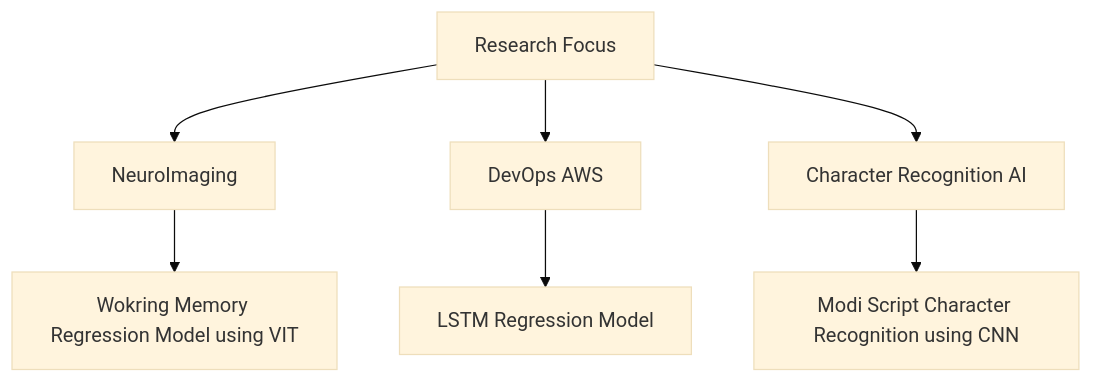
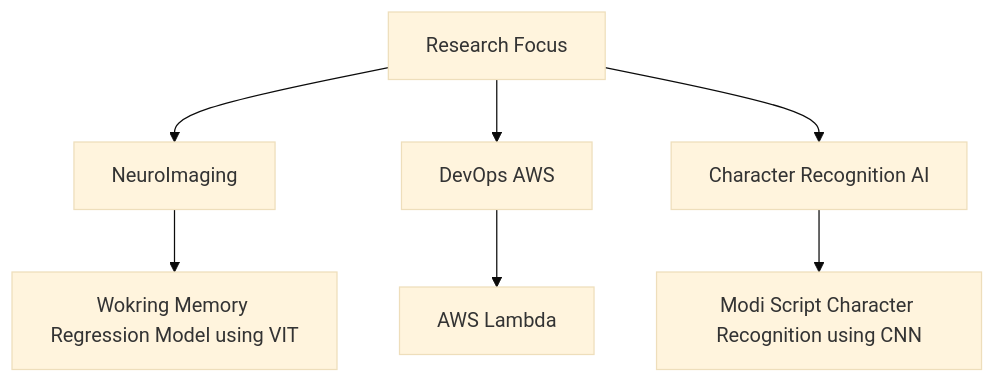
Before and after one commit to dsinha12345/dsinha12345: the diagram in README.md, drawn with Mermaid (base theme).

````diff
--- a/README.md
+++ b/README.md
@@ -57,12 +57,12 @@
 ```mermaid  
 graph TD  
     A[Research Focus] --> B[NeuroImaging]  
     A --> C[DevOps AWS]  
     A --> D[Character Recognition AI]  
 
     B --> E[Wokring Memory Regression Model using VIT]  
-    C --> F[LSTM Regression Model]   
+    C --> F[AWS Lambda]   
     D --> G[Modi Script Character Recognition using CNN]  
 
 
 ```
````
